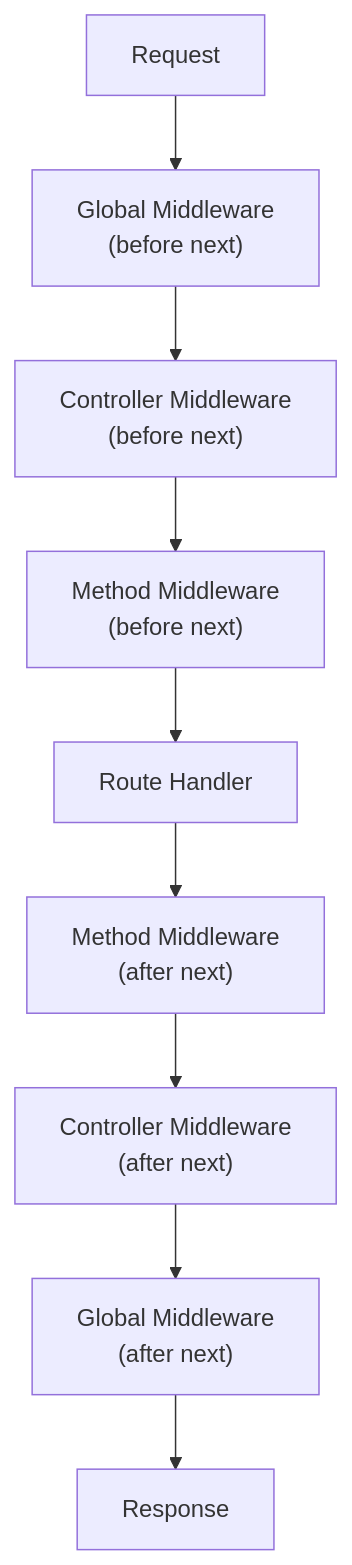
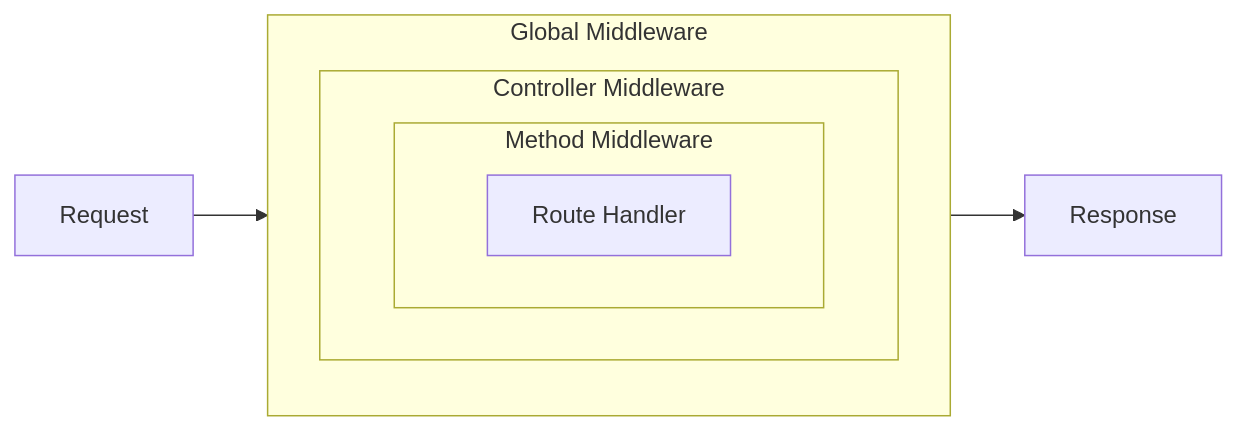
Before and after one commit to zeltjs/zelt: the diagram in website/docs/middleware.md, drawn with Mermaid. The commit also changed 7 other files, not shown here.

First line of the commit message:
docs(website): redesign remaining diagrams for reader-facing clarity

````diff
--- a/website/docs/middleware.md
+++ b/website/docs/middleware.md
@@ -292,11 +292,12 @@
 ```mermaid
-flowchart TD
-  REQ["Request"] --> GB["Global Middleware<br/>(before next)"]
-  GB --> CB["Controller Middleware<br/>(before next)"]
-  CB --> MB["Method Middleware<br/>(before next)"]
-  MB --> RH["Route Handler"]
-  RH --> MA["Method Middleware<br/>(after next)"]
-  MA --> CA["Controller Middleware<br/>(after next)"]
-  CA --> GA["Global Middleware<br/>(after next)"]
-  GA --> RES["Response"]
+flowchart LR
+  REQ["Request"] --> G
+  subgraph G["Global Middleware"]
+    subgraph C["Controller Middleware"]
+      subgraph M["Method Middleware"]
+        RH["Route Handler"]
+      end
+    end
+  end
+  G --> RES["Response"]
 ```
````
